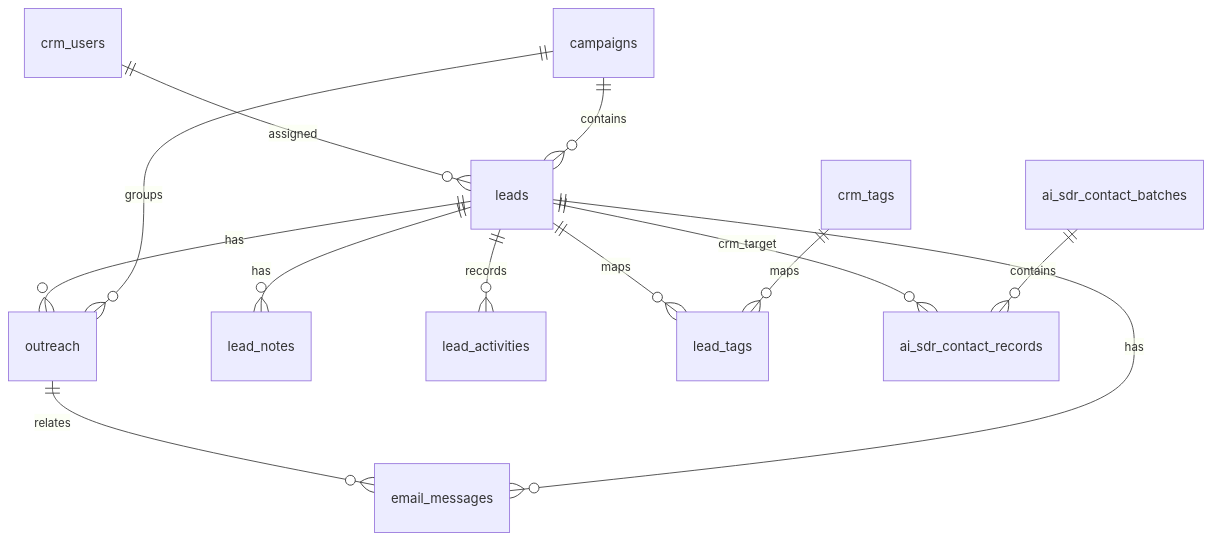
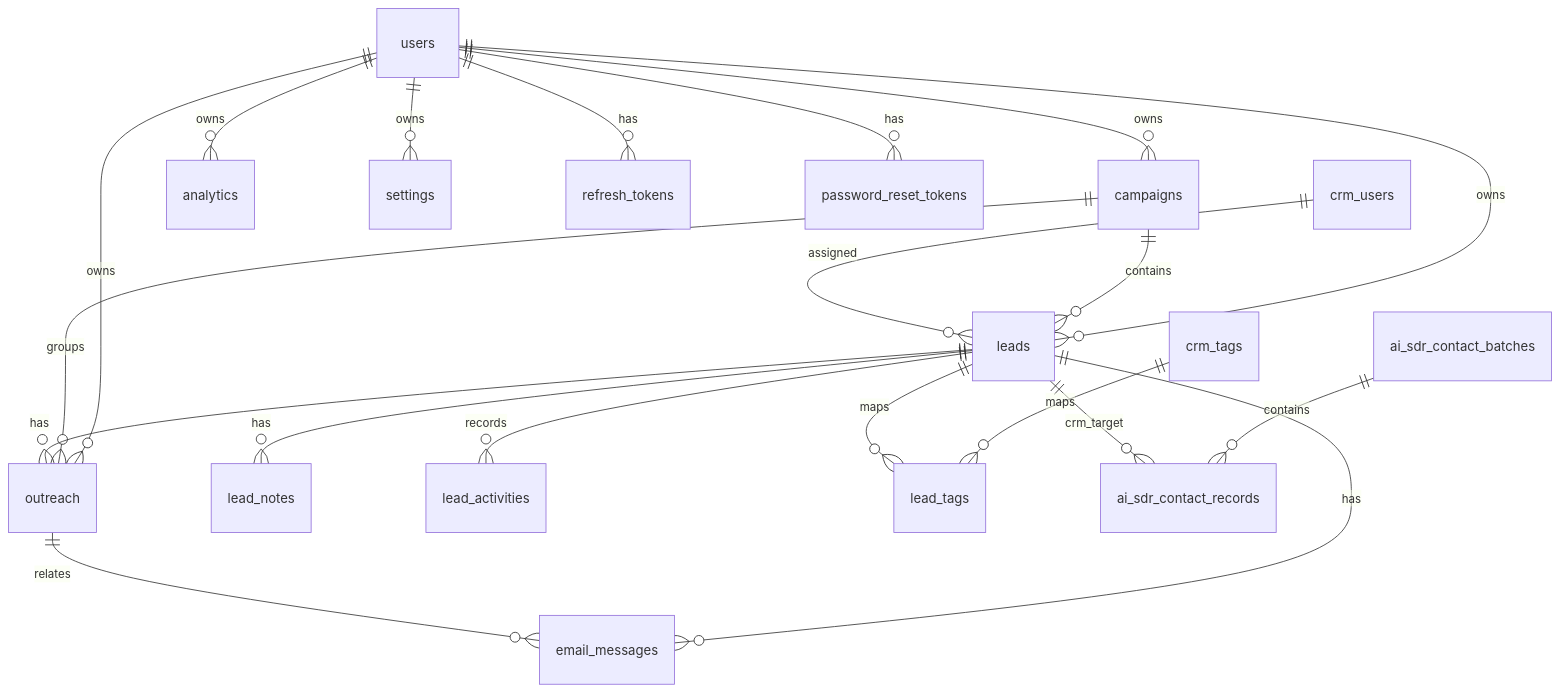
Before and after one commit to Zeeshan-py/LeadGen: the diagram in docs/DATABASE.md, drawn with Mermaid. The commit also changed other lines of this file and 65 other files, not shown here.

````diff
--- a/docs/DATABASE.md
+++ b/docs/DATABASE.md
@@ -7,15 +7,22 @@
 ```mermaid
 erDiagram
+    users ||--o{ campaigns : owns
+    users ||--o{ leads : owns
+    users ||--o{ outreach : owns
+    users ||--o{ analytics : owns
+    users ||--o{ settings : owns
+    users ||--o{ refresh_tokens : has
+    users ||--o{ password_reset_tokens : has
     campaigns ||--o{ leads : contains
     campaigns ||--o{ outreach : groups
     crm_users ||--o{ leads : assigned
     leads ||--o{ outreach : has
     leads ||--o{ lead_notes : has
     leads ||--o{ lead_activities : records
     leads ||--o{ email_messages : has
     outreach ||--o{ email_messages : relates
     crm_tags ||--o{ lead_tags : maps
     leads ||--o{ lead_tags : maps
     ai_sdr_contact_batches ||--o{ ai_sdr_contact_records : contains
     leads ||--o{ ai_sdr_contact_records : crm_target
 ```
````
